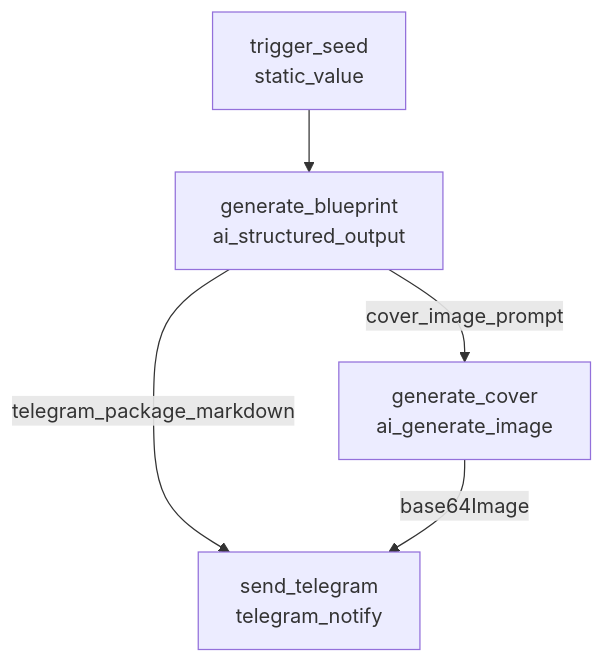
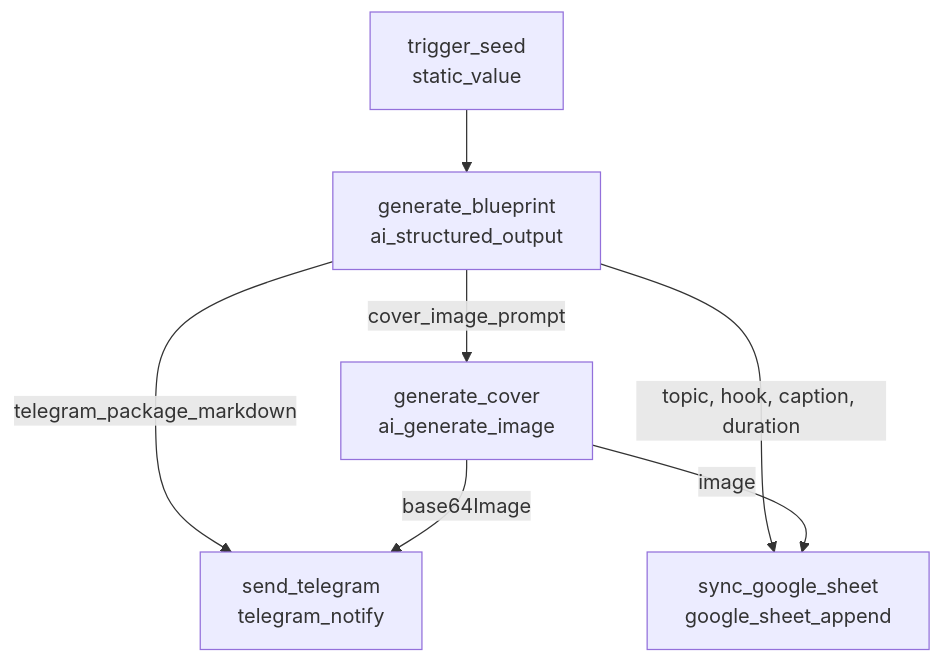
The second of 2 diagrams in docs/WORKFLOW_AUTOMATION.md (aufalfirdausi/Automation-image-ai), drawn with Mermaid before and after one commit. The commit also changed other lines of this file and 9 other files, not shown here.

````diff
--- a/docs/WORKFLOW_AUTOMATION.md
+++ b/docs/WORKFLOW_AUTOMATION.md
@@ -88,7 +79,9 @@
 ```mermaid
 flowchart TD
     A[trigger_seed\nstatic_value] --> B[generate_blueprint\nai_structured_output]
     B -->|cover_image_prompt| C[generate_cover\nai_generate_image]
     B -->|telegram_package_markdown| D[send_telegram\ntelegram_notify]
     C -->|base64Image| D
+    B -->|topic, hook, caption, duration| E[sync_google_sheet\ngoogle_sheet_append]
+    C -->|image| E
 ```
````
